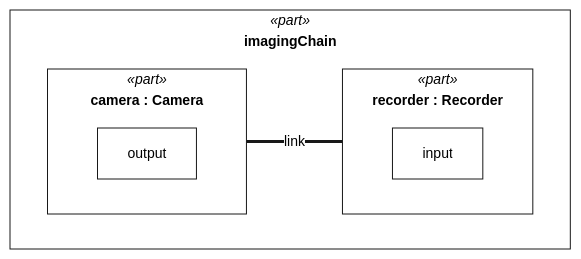
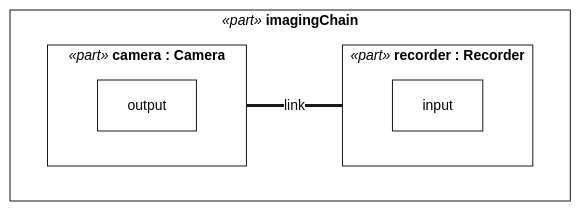
Before and after one commit to Open-MBEE/OpenSysML: the first of 2 diagrams in docs/manual/examples/observatory.md, drawn with Mermaid. The commit also changed 37 other files, not shown here.

Commit message:
fix(view): join Mermaid container title first lines

````diff
--- a/docs/manual/examples/observatory.md
+++ b/docs/manual/examples/observatory.md
@@ -59,46 +59,40 @@
 ```mermaid
 ---
 config:
   fontFamily: "Helvetica, Arial, sans-serif"
   theme: base
   themeCSS: ".edgeLabel rect { opacity: 1 !important; } .cluster-label .nodeLabel { text-align: center; }"
   themeVariables:
     fontFamily: "Helvetica, Arial, sans-serif"
     fontSize: "14px"
     primaryColor: "#FFFFFF"
     secondaryColor: "#FFFFFF"
     tertiaryColor: "#FFFFFF"
     background: "#FFFFFF"
     primaryBorderColor: "#181818"
     primaryTextColor: "#000000"
     lineColor: "#181818"
     textColor: "#000000"
     noteBkgColor: "#FEFFDD"
     noteBorderColor: "#181818"
     noteTextColor: "#000000"
     clusterBkg: "#FFFFFF"
     clusterBorder: "#181818"
     edgeLabelBackground: "#FFFFFF"
-  flowchart:
-    subGraphTitleMargin:
-      bottom: 24
 ---
 %% Observatory::interconnectView — interconnection rendering (render asInterconnectionDiagram)
 flowchart LR
-  subgraph n0 ["`*«part»*
-**imagingChain**`"]
+  subgraph n0 ["`*«part»* **imagingChain**`"]
     direction LR
-    subgraph n1 ["`*«part»*
-**camera : Camera**`"]
+    subgraph n1 ["`*«part»* **camera : Camera**`"]
       direction LR
       n1.0["output"]
     end
-    subgraph n2 ["`*«part»*
-**recorder : Recorder**`"]
+    subgraph n2 ["`*«part»* **recorder : Recorder**`"]
       direction LR
       n2.0["input"]
     end
   end
   n1.0 ===|"link"| n2.0
   linkStyle 0 stroke-width:3px
 ```
````
